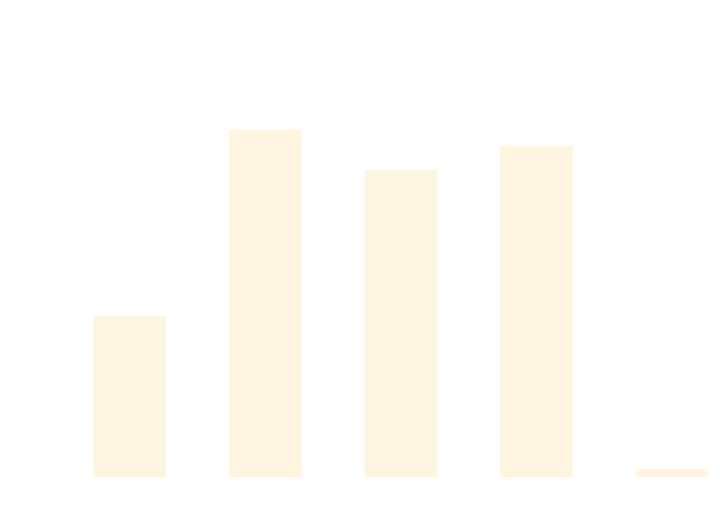
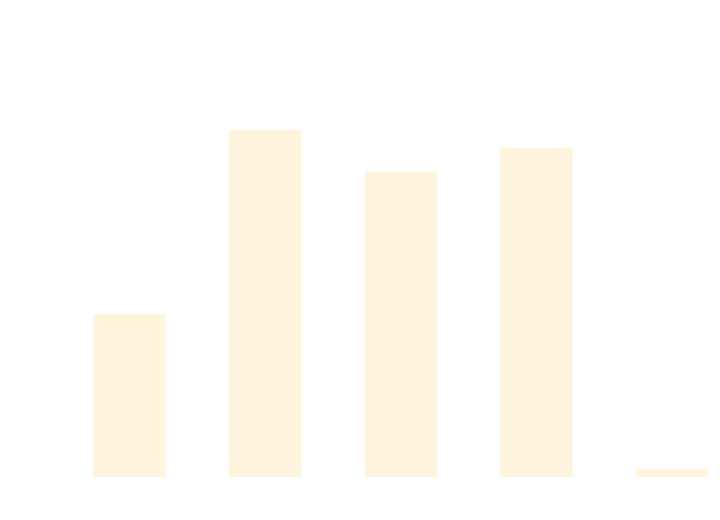
One commit to thomhurst/TUnit changed the diagram in docs/docs/benchmarks/SetupTeardownTests.md. Above: the diagram before and after it, drawn with Mermaid. The commit also changed other lines of this file and 17 other files, not shown here.

````diff
--- a/docs/docs/benchmarks/SetupTeardownTests.md
+++ b/docs/docs/benchmarks/SetupTeardownTests.md
@@ -27,37 +27,37 @@
 ```mermaid
 %%{init: {
   'theme':'base',
   'themeVariables': {
     'primaryColor': '#2563eb',
     'primaryTextColor': '#ffffff',
     'primaryBorderColor': '#1e40af',
     'lineColor': '#6b7280',
     'secondaryColor': '#7c3aed',
     'tertiaryColor': '#dc2626',
     'background': '#ffffff',
     'mainBkg': '#2563eb',
     'secondBkg': '#7c3aed',
     'tertiaryBkg': '#dc2626',
     'clusterBkg': '#f3f4f6',
     'edgeLabelBackground': '#ffffff',
     'tertiaryTextColor': '#1f2937',
     'pie1': '#2563eb',
     'pie2': '#7c3aed',
     'pie3': '#dc2626',
     'pie4': '#f59e0b',
     'pie5': '#10b981',
     'pie6': '#06b6d4',
     'pie7': '#ec4899',
     'pie8': '#6366f1',
     'pie9': '#84cc16',
     'pie10': '#f97316',
     'pie11': '#14b8a6',
     'pie12': '#a855f7'
   }
 }}%%
 xychart-beta
   title "SetupTeardownTests Performance Comparison"
   x-axis ["TUnit", "NUnit", "MSTest", "xUnit3", "TUnit_AOT"]
-  y-axis "Time (ms)" 0 --> 1606
-  bar [602.4, 1338.1, 1180.3, 1273.1, 0]
+  y-axis "Time (ms)" 0 --> 1566
+  bar [595.9, 1304.6, 1144.6, 1235.5, 0]
 ```
````
